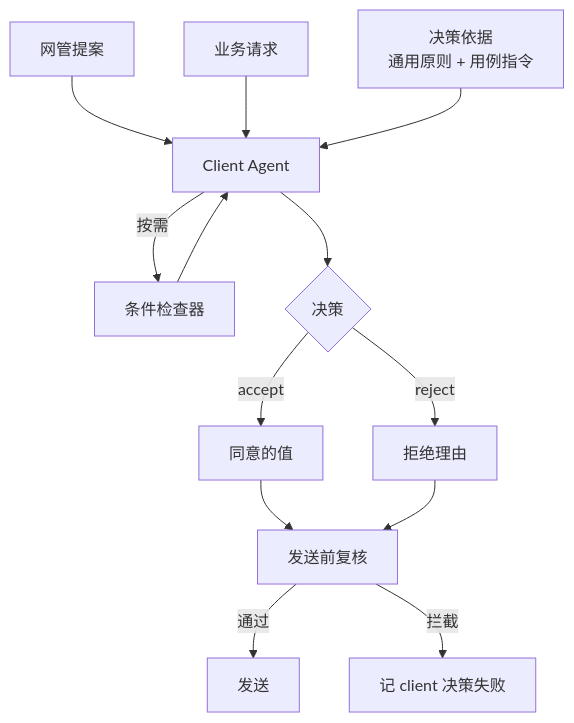
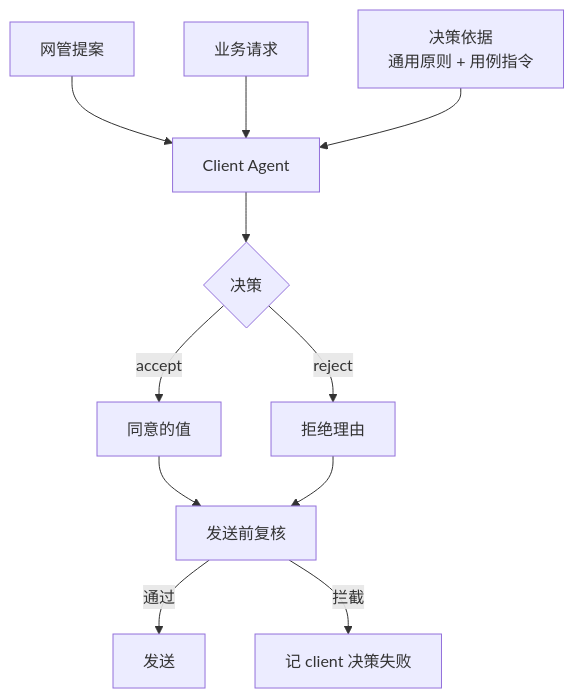
The ninth of 12 diagrams in a2a-t-sample/ran-energy-saving/TESTER-ARCHITECTURE.md (project-openan/a2a-t-sdk-python), drawn with Mermaid before and after one commit. The commit also changed other lines of this file and 9 other files, not shown here.

````diff
--- a/a2a-t-sample/ran-energy-saving/TESTER-ARCHITECTURE.md
+++ b/a2a-t-sample/ran-energy-saving/TESTER-ARCHITECTURE.md
@@ -432,15 +431,13 @@
 ```mermaid
 flowchart TB
   N["网管提案"] --> A["Client Agent"]
   Q["业务请求"] --> A
   C["决策依据<br/>通用原则 + 用例指令"] --> A
-  A -- "按需" --> K["条件检查器"]
-  K --> A
   A --> D{"决策"}
   D -- "accept" --> V["同意的值"]
   D -- "reject" --> X["拒绝理由"]
   V --> G["发送前复核"]
   X --> G
   G -- "通过" --> S["发送"]
   G -- "拦截" --> F["记 client 决策失败"]
 ```
````
